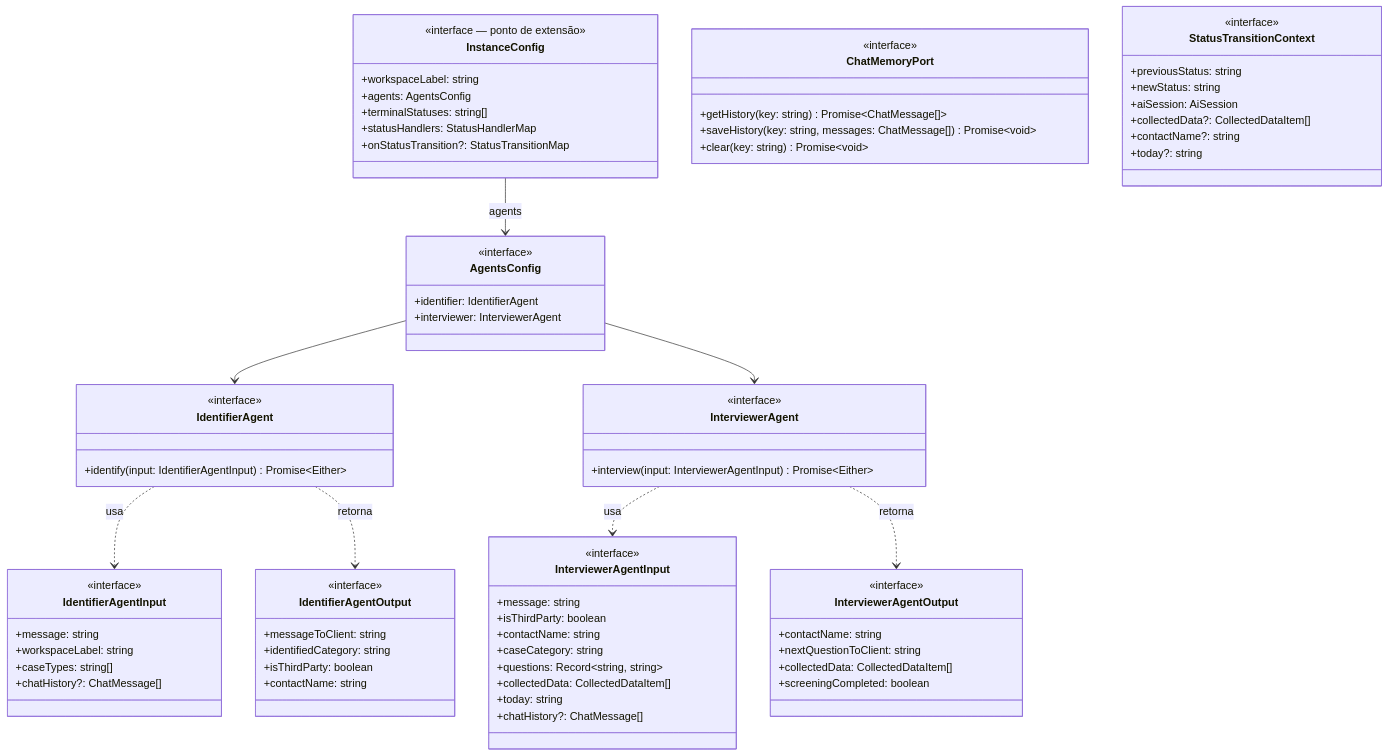
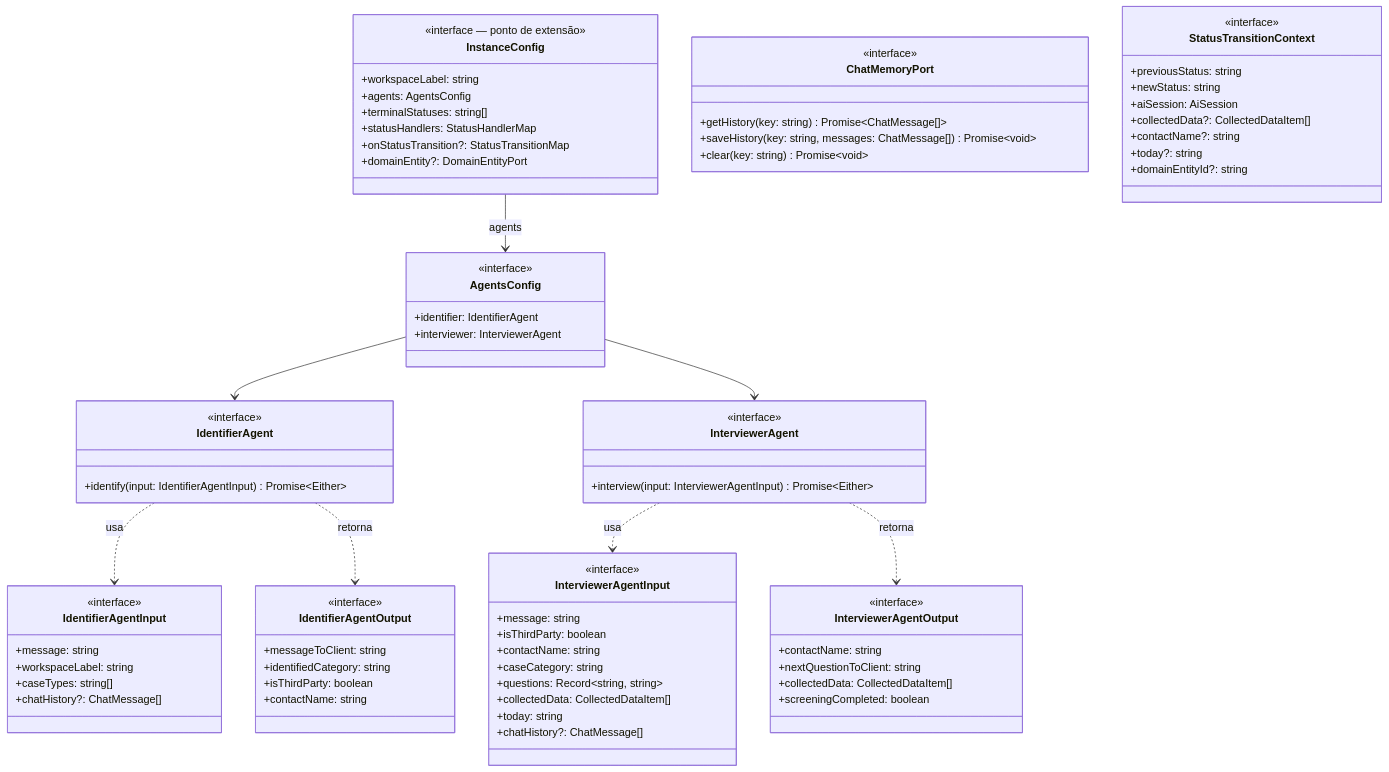
Before and after one commit to josevictorn/vero-api: the first of 5 diagrams in framework_documentation.md, drawn with Mermaid. The commit also changed other lines of this file and 1 other file, not shown here.

Commit message:
docs: update instance guide and framework documentation to reflect generic domain entity routes via DomainEntityPort

```diff
--- a/framework_documentation.md
+++ b/framework_documentation.md
@@ -667,6 +792,7 @@
         +terminalStatuses: string[]
         +statusHandlers: StatusHandlerMap
         +onStatusTransition?: StatusTransitionMap
+        +domainEntity?: DomainEntityPort
     }
 
     class AgentsConfig {
@@ -736,6 +862,7 @@
         +collectedData?: CollectedDataItem[]
         +contactName?: string
         +today?: string
+        +domainEntityId?: string
     }
 
     InstanceConfig --> AgentsConfig : agents
```
